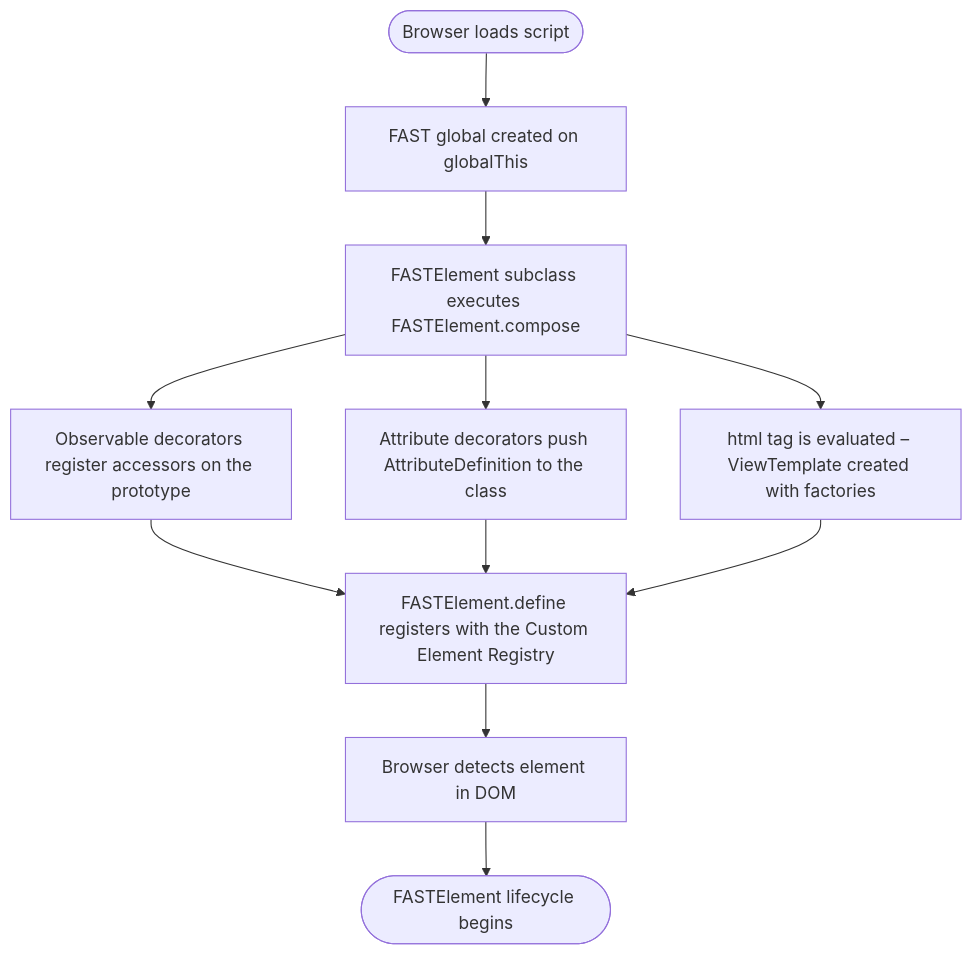
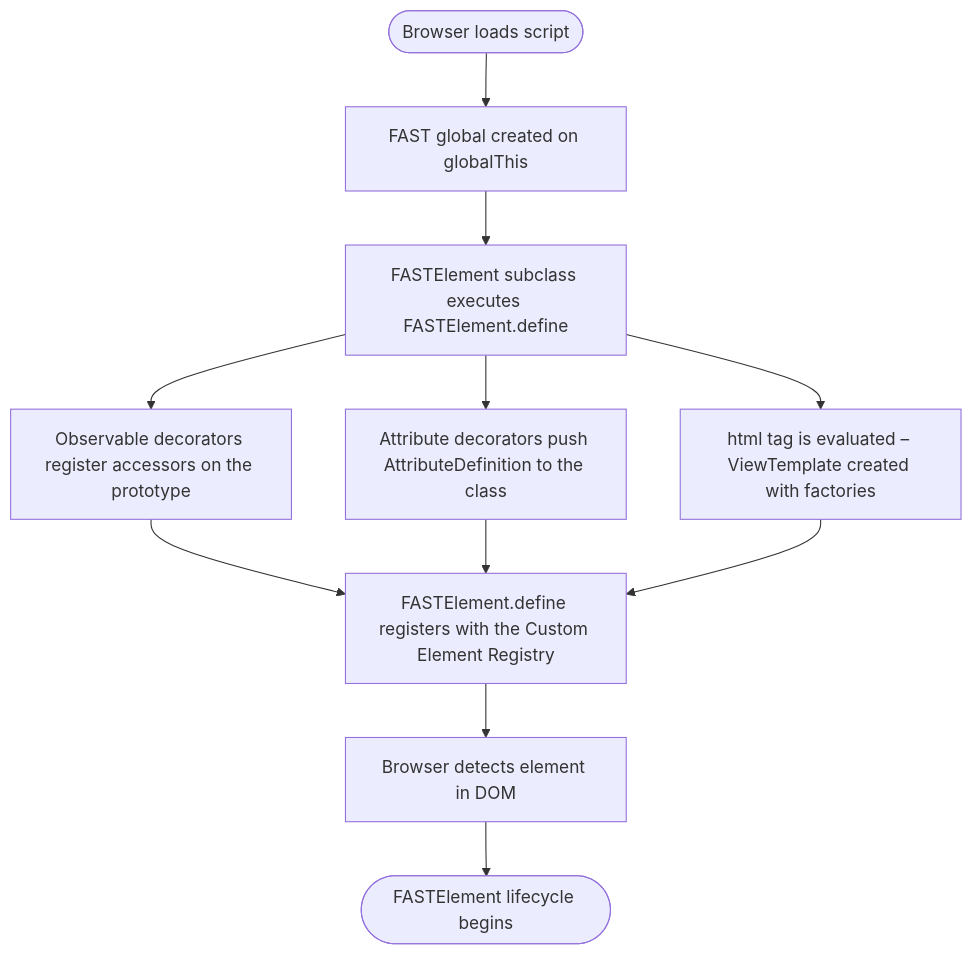
The first of 4 diagrams in packages/fast-element/DESIGN.md (microsoft/fast), drawn with Mermaid before and after one commit. The commit also changed other lines of this file and 12 other files, not shown here.

````diff
--- a/packages/fast-element/DESIGN.md
+++ b/packages/fast-element/DESIGN.md
@@ -303,11 +303,11 @@
 ```mermaid
 flowchart TD
     A([Browser loads script]) --> B[FAST global created on globalThis]
-    B --> C[FASTElement subclass executes FASTElement.compose]
+    B --> C[FASTElement subclass executes FASTElement.define]
     C --> D[Observable decorators register accessors on the prototype]
     C --> E[Attribute decorators push AttributeDefinition to the class]
     C --> F[html tag is evaluated – ViewTemplate created with factories]
     D & E & F --> G[FASTElement.define registers with the Custom Element Registry]
     G --> H[Browser detects element in DOM]
     H --> I([FASTElement lifecycle begins])
 ```
````
